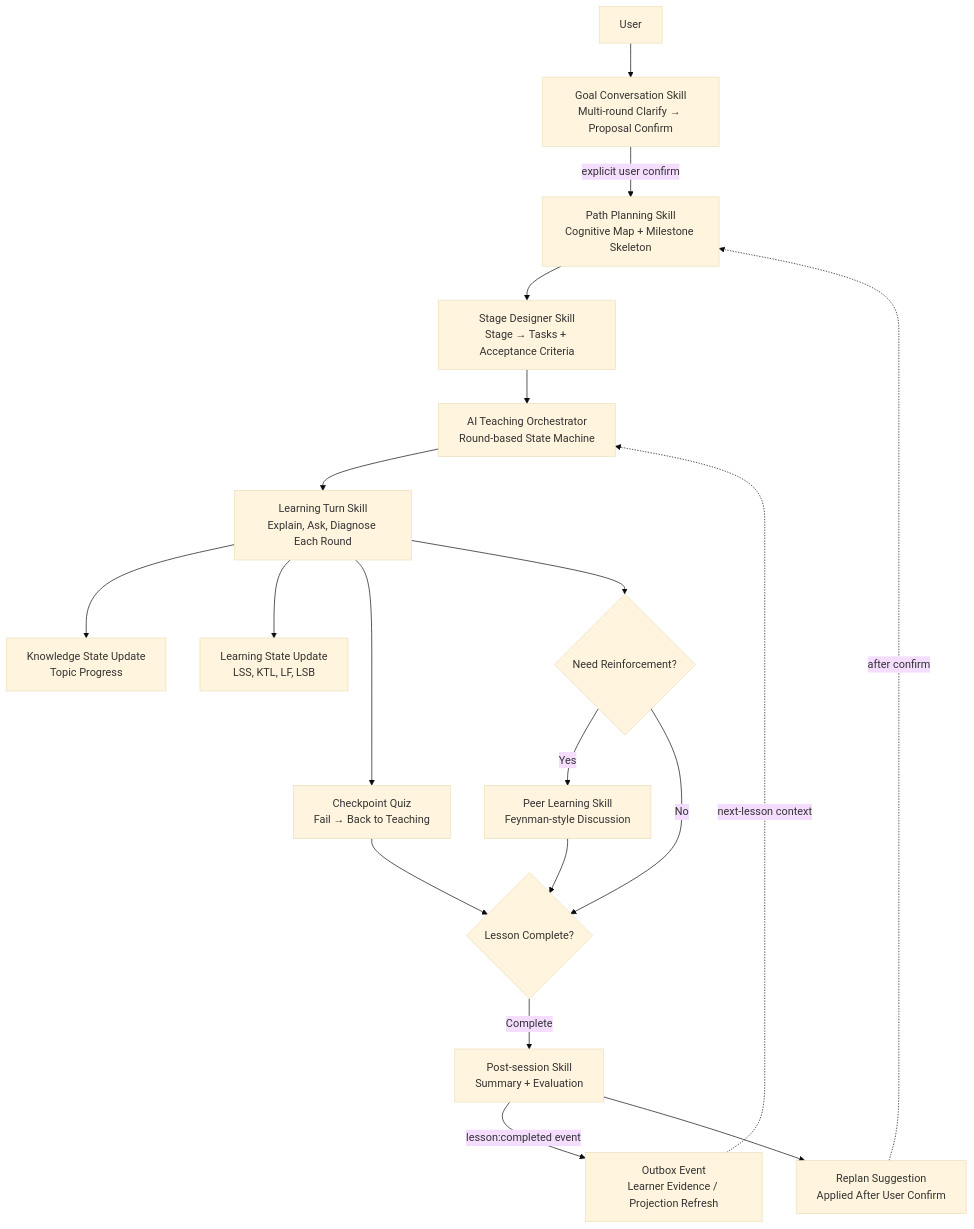
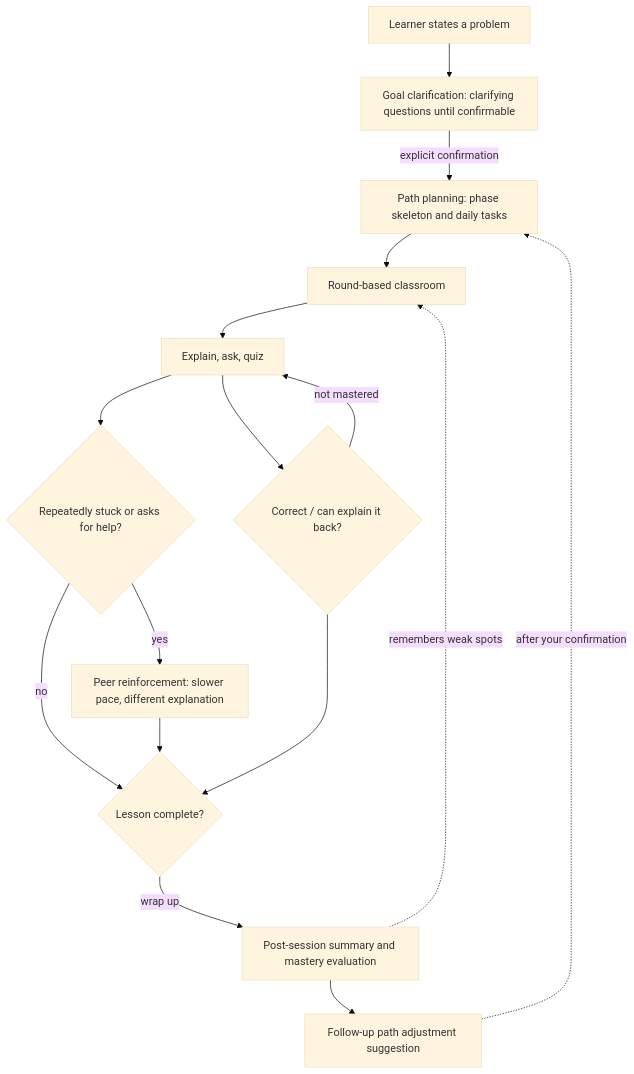
One commit to wenflow-org/wenflow changed the diagram in README_EN.md. Above: the diagram before and after it, drawn with Mermaid (base theme). The commit also changed other lines of this file and 1 other file, not shown here.

````diff
--- a/README_EN.md
+++ b/README_EN.md
@@ -87,24 +75,20 @@
 ```mermaid
 flowchart TD
-    U[User] --> G1[Goal Conversation Skill\nMulti-round Clarify → Proposal Confirm]
-    G1 -- explicit user confirm --> P1[Path Planning Skill\nCognitive Map + Milestone Skeleton]
-    P1 --> P2[Stage Designer Skill\nStage → Tasks + Acceptance Criteria]
-    P2 --> T0[AI Teaching Orchestrator\nRound-based State Machine]
+    U[Learner states a problem] --> G1[Goal clarification: clarifying questions until confirmable]
+    G1 -- explicit confirmation --> P1[Path planning: phase skeleton and daily tasks]
+    P1 --> T0[Round-based classroom]
 
-    T0 --> T1[Learning Turn Skill\nExplain, Ask, Diagnose Each Round]
-    T1 --> K1[Knowledge State Update\nTopic Progress]
-    T1 --> S1[Learning State Update\nLSS, KTL, LF, LSB]
-    T1 --> C1[Checkpoint Quiz\nFail → Back to Teaching]
+    T0 --> T1[Explain, ask, quiz]
+    T1 --> C1{Correct / can explain it back?}
+    C1 -- not mastered --> T1
+    T1 --> D{Repeatedly stuck or asks for help?}
+    D -- yes --> PEER[Peer reinforcement: slower pace, different explanation]
+    D -- no --> NEXT{Lesson complete?}
+    PEER --> NEXT
+    C1 --> NEXT
 
-    T1 --> D{Need Reinforcement?}
-    D -- Yes --> PEER[Peer Learning Skill\nFeynman-style Discussion]
-    D -- No --> NEXT{Lesson Complete?}
-    C1 --> NEXT
-    PEER --> NEXT
-
-    NEXT -- Complete --> W1[Post-session Skill\nSummary + Evaluation]
-    W1 -- lesson:completed event --> E1[Outbox Event\nLearner Evidence / Projection Refresh]
-    W1 --> R1[Replan Suggestion\nApplied After User Confirm]
-    E1 -. next-lesson context .-> T0
-    R1 -. after confirm .-> P1
+    NEXT -- wrap up --> W1[Post-session summary and mastery evaluation]
+    W1 --> R1[Follow-up path adjustment suggestion]
+    W1 -. remembers weak spots .-> T0
+    R1 -. after your confirmation .-> P1
 ```
````
